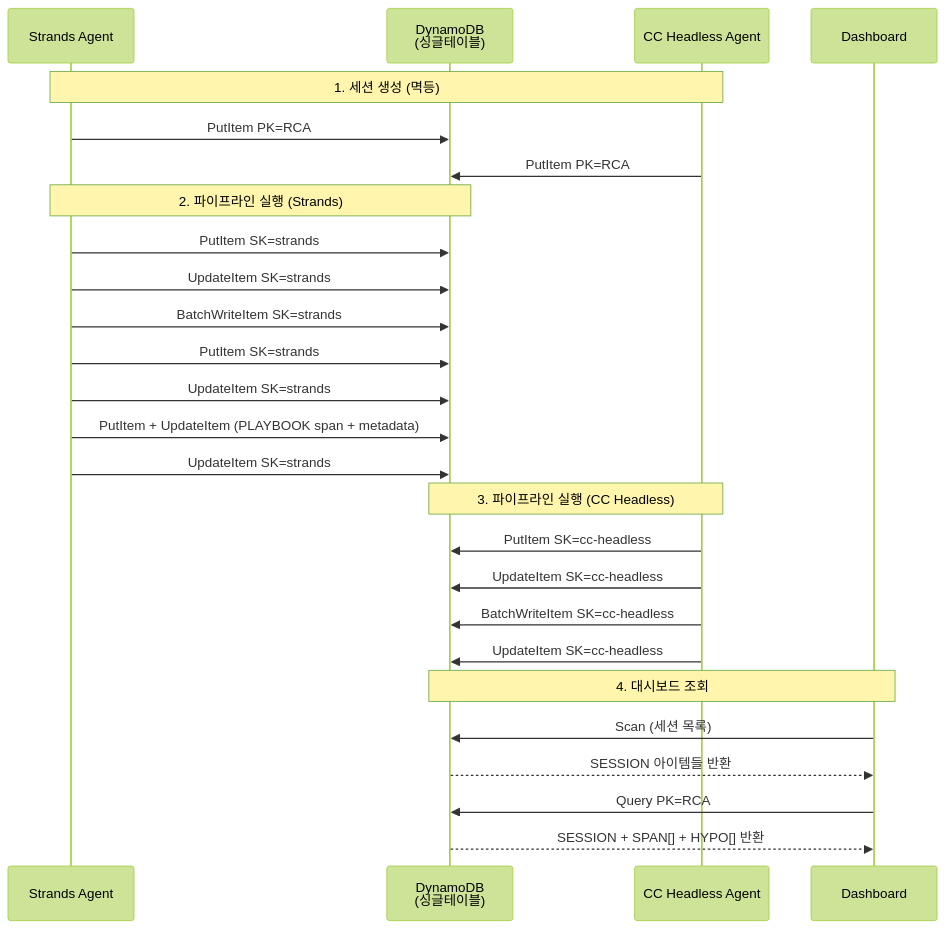
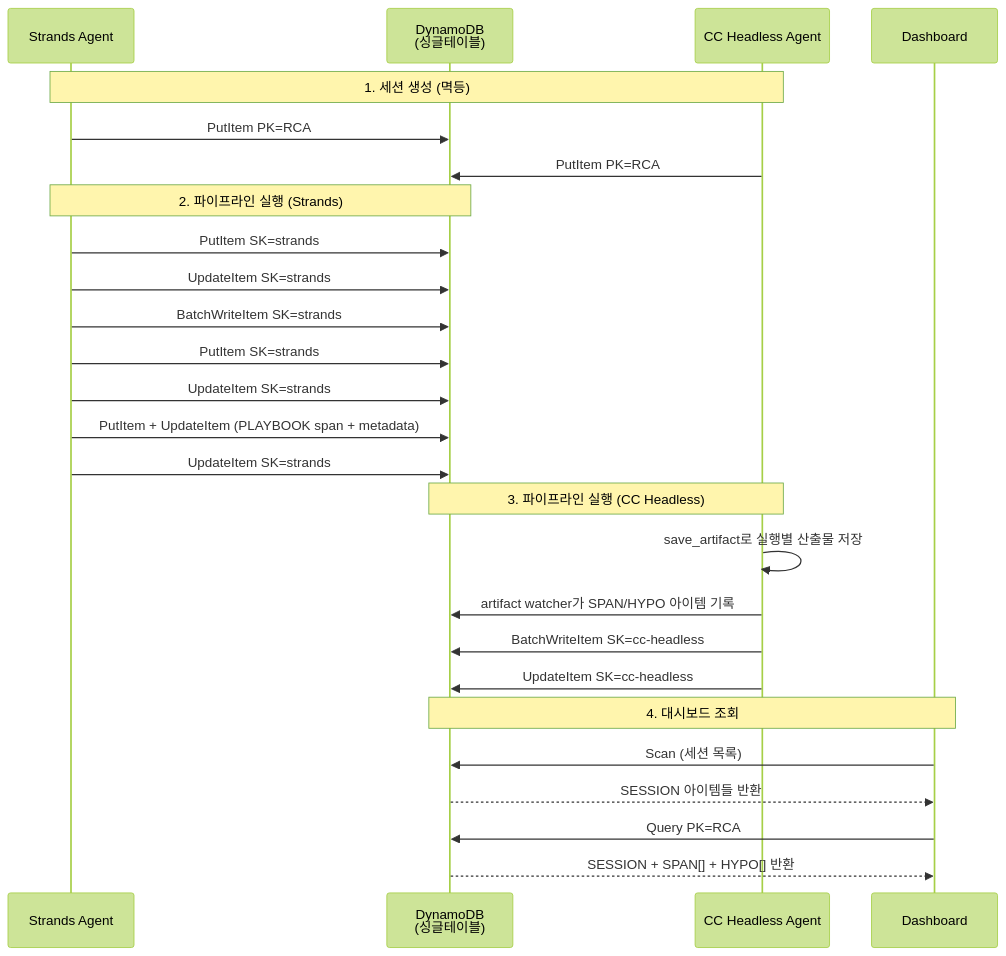
One commit to haandol/rca-agent changed diagram 20 of 22 in docs/system-guide-for-ops.md. Above: the diagram before and after it, drawn with Mermaid (forest theme). The commit also changed other lines of this file and 98 other files, not shown here.

````diff
--- a/docs/system-guide-for-ops.md
+++ b/docs/system-guide-for-ops.md
@@ -913,32 +913,32 @@
 ```mermaid
 sequenceDiagram
     participant SA as Strands Agent
     participant DDB as DynamoDB<br/>(싱글테이블)
     participant CCA as CC Headless Agent
     participant DASH as Dashboard
 
     Note over SA,CCA: 1. 세션 생성 (멱등)
     SA->>DDB: PutItem PK=RCA#id, SK=strands#SESSION<br/>ConditionExpression: attribute_not_exists(SK)
     CCA->>DDB: PutItem PK=RCA#id, SK=cc-headless#SESSION<br/>ConditionExpression: attribute_not_exists(SK)
 
     Note over SA,DDB: 2. 파이프라인 실행 (Strands)
     SA->>DDB: PutItem SK=strands#SPAN#{id} (SCOPING 시작)
     SA->>DDB: UpdateItem SK=strands#SPAN#{id} (SCOPING 완료)
     SA->>DDB: BatchWriteItem SK=strands#HYPO#{id} × N (가설 저장)
     SA->>DDB: PutItem SK=strands#SPAN#{id} (검증루프 시작)
     SA->>DDB: UpdateItem SK=strands#HYPO#{id} (검증 결과)
     SA->>DDB: PutItem + UpdateItem (PLAYBOOK span + metadata)
     SA->>DDB: UpdateItem SK=strands#SESSION (state=COMPLETED)
 
     Note over CCA,DDB: 3. 파이프라인 실행 (CC Headless)
-    CCA->>DDB: PutItem SK=cc-headless#SPAN#{id} (MCP start_span)
-    CCA->>DDB: UpdateItem SK=cc-headless#SPAN#{id} (MCP end_span)
+    CCA->>CCA: save_artifact로 실행별 산출물 저장
+    CCA->>DDB: artifact watcher가 SPAN/HYPO 아이템 기록
     CCA->>DDB: BatchWriteItem SK=cc-headless#HYPO#{id} × N
     CCA->>DDB: UpdateItem SK=cc-headless#SESSION (state=COMPLETED)
 
     Note over DASH,DDB: 4. 대시보드 조회
     DASH->>DDB: Scan (세션 목록)
     DDB-->>DASH: SESSION 아이템들 반환
     DASH->>DDB: Query PK=RCA#id (트레이스 상세)
     DDB-->>DASH: SESSION + SPAN[] + HYPO[] 반환
 ```
````
